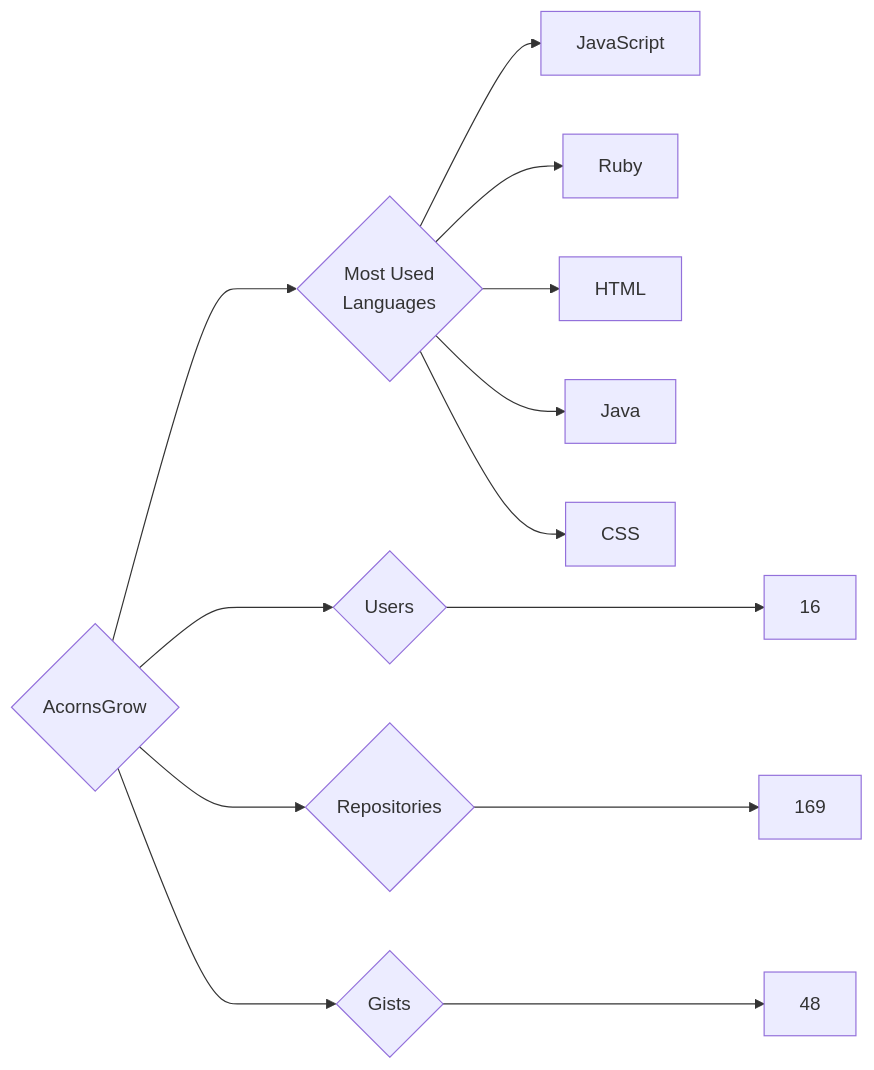
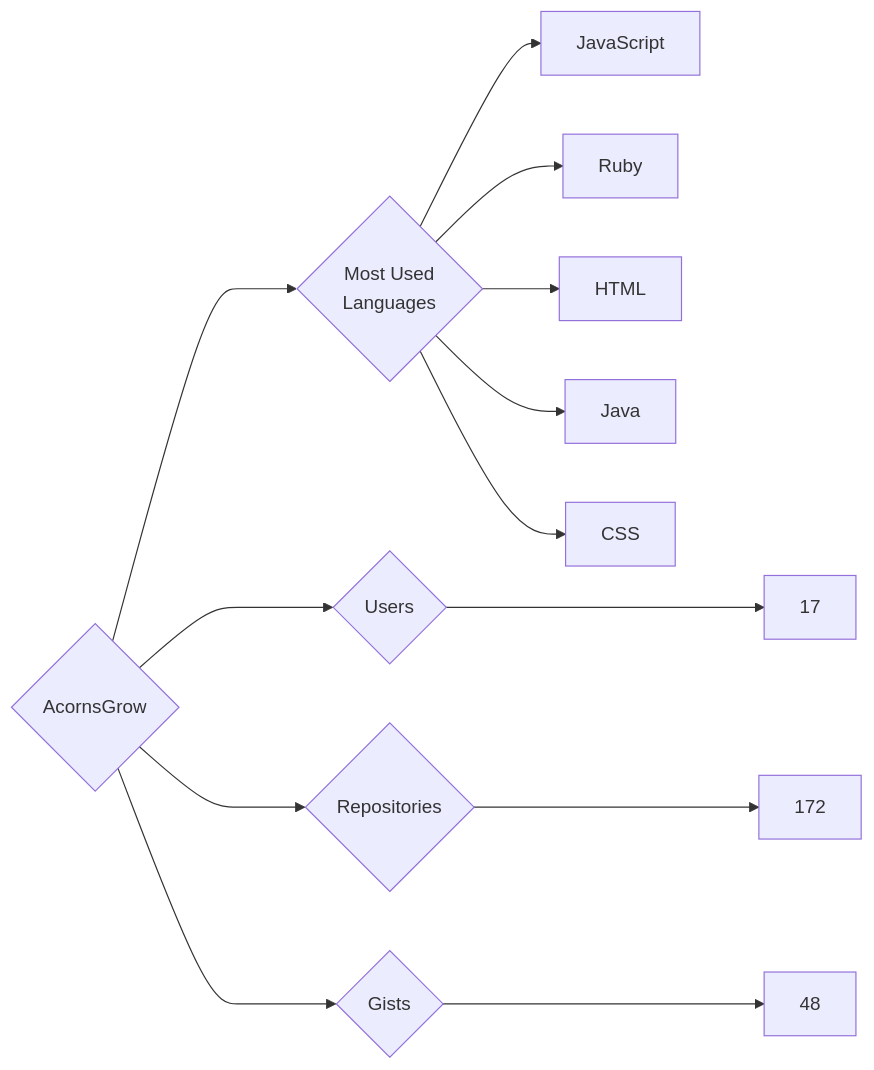
One commit to nenadzaric/insiders changed the diagram in targets/AcornsGrow/README.md. Above: the diagram before and after it, drawn with Mermaid. The commit also changed 28 other files, not shown here.

````diff
--- a/targets/AcornsGrow/README.md
+++ b/targets/AcornsGrow/README.md
@@ -3,13 +3,13 @@
 ```mermaid
 graph LR
 COMPANY_NAME{AcornsGrow}
-COMPANY_NAME ---> U{Users} ---> UN[16]
-COMPANY_NAME ---> R{Repositories} ---> RN[169]
+COMPANY_NAME ---> U{Users} ---> UN[17]
+COMPANY_NAME ---> R{Repositories} ---> RN[172]
 COMPANY_NAME ---> G{Gists} ---> GN[48]
 COMPANY_NAME ---> ML{Most Used<br>Languages}
 ML --> JavaScript[JavaScript]
 ML --> Ruby[Ruby]
 ML --> HTML[HTML]
 ML --> Java[Java]
 ML --> CSS[CSS]
 ```
````
